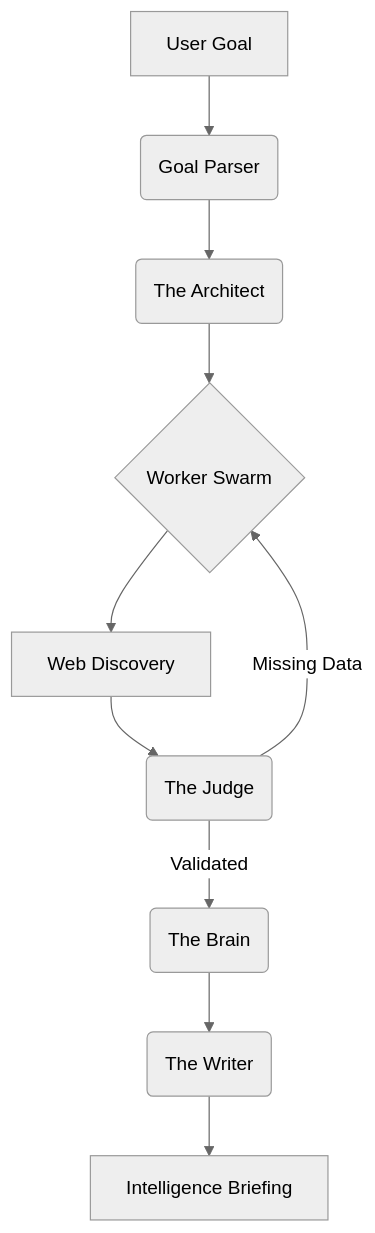
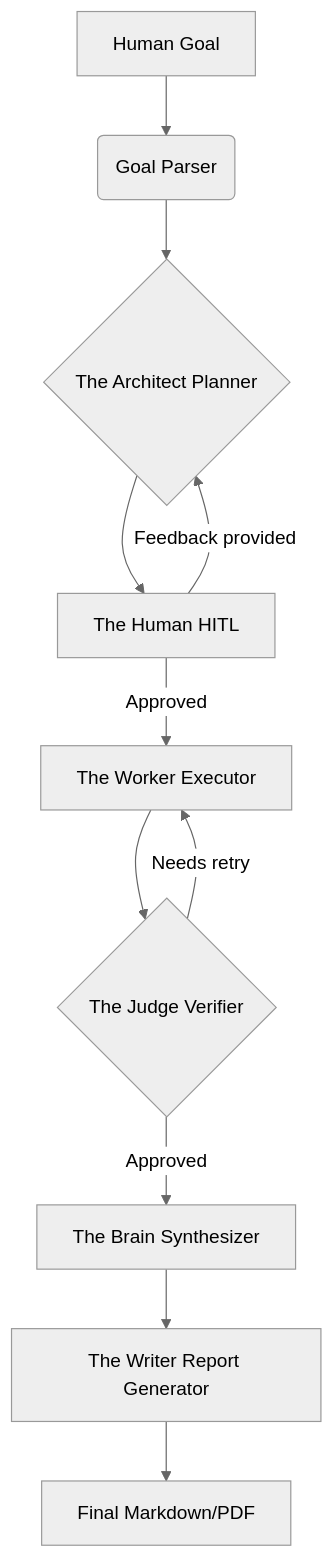
The diagram in README.md (Nikil-R/HireIQ-Swarm), drawn with Mermaid (neutral theme) before and after one commit. The commit also changed other lines of this file, not shown here.

Commit message:
docs: create comprehensive README with architecture diagrams and deployment guides

````diff
--- a/README.md
+++ b/README.md
@@ -13,12 +21,13 @@
 ```mermaid
 graph TD
-    A[User Goal] --> B(Goal Parser)
-    B --> C(The Architect)
-    C --> D{Worker Swarm}
-    D --> E[Web Discovery]
-    E --> F(The Judge)
-    F -- "Missing Data" --> D
-    F -- "Validated" --> G(The Brain)
-    G --> H(The Writer)
-    H --> I[Intelligence Briefing]
+    A[Human Goal] --> B(Goal Parser)
+    B --> C{The Architect Planner}
+    C --> D[The Human HITL]
+    D -- Feedback provided --> C
+    D -- Approved --> E[The Worker Executor]
+    E --> F{The Judge Verifier}
+    F -- Needs retry --> E
+    F -- Approved --> G[The Brain Synthesizer]
+    G --> H[The Writer Report Generator]
+    H --> I[Final Markdown/PDF]
 ```
````
